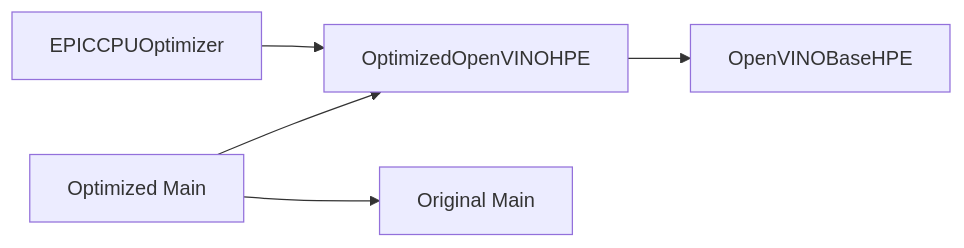
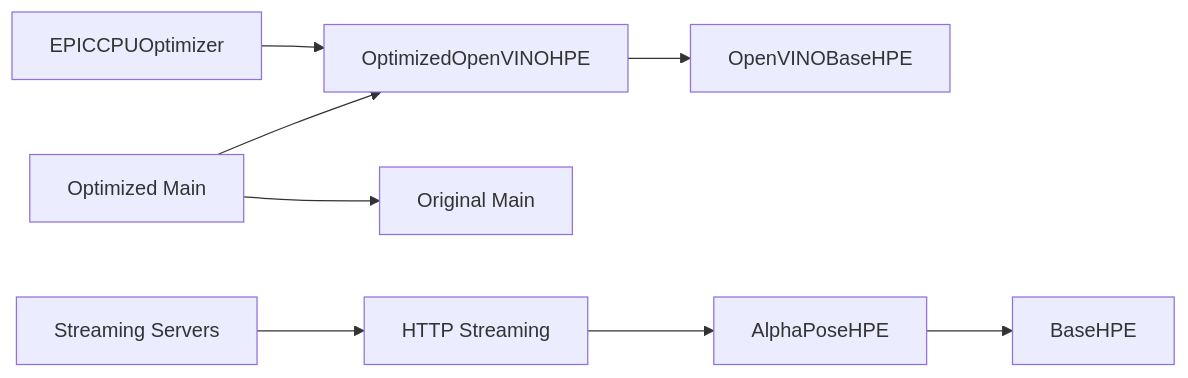
The seventh of 7 diagrams in .qoder/repowiki/en/content/Performance Optimization/Performance Optimization.md (Fogus-Gr/MeasurementsDTs), drawn with Mermaid before and after one commit. The commit also changed other lines of this file and 10 other files, not shown here.

````diff
--- a/.qoder/repowiki/en/content/Performance Optimization/Performance Optimization.md
+++ b/.qoder/repowiki/en/content/Performance Optimization/Performance Optimization.md
@@ -296,7 +514,10 @@
 ```mermaid
 graph LR
 CPU["EPICCPUOptimizer"] --> OVOpt["OptimizedOpenVINOHPE"]
 OVOpt --> BaseOV["OpenVINOBaseHPE"]
 OM["Optimized Main"] --> OVOpt
 OM --> MainOrig["Original Main"]
+AP["AlphaPoseHPE"] --> BaseAP["BaseHPE"]
+HTTP["HTTP Streaming"] --> AP
+DevTools["Streaming Servers"] --> HTTP
 ```
````
